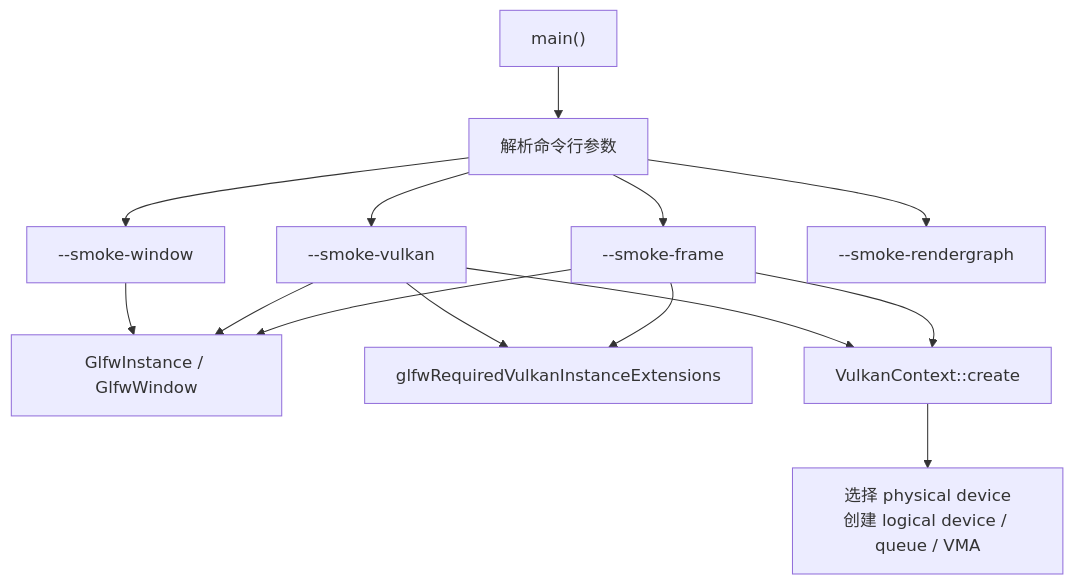
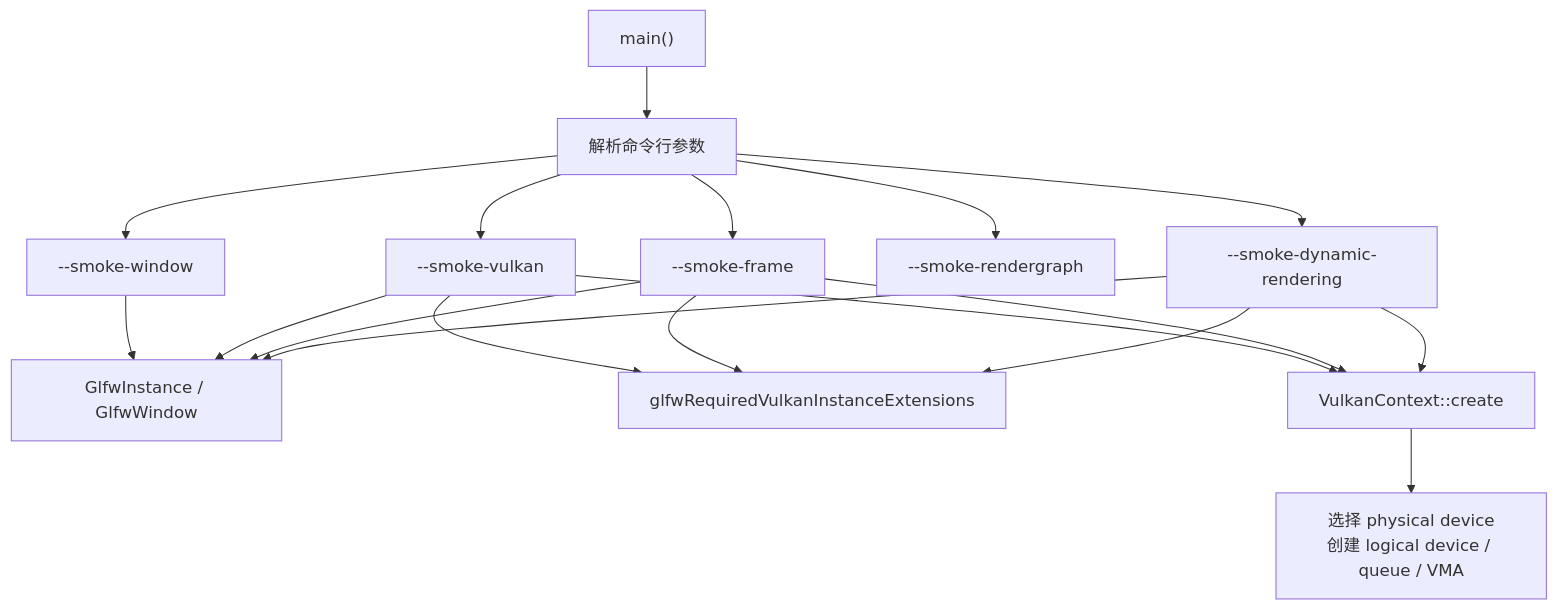
The second of 8 diagrams in docs/flow-architecture.md (66six11/Engine), drawn with Mermaid before and after one commit. The commit also changed other lines of this file and 11 other files, not shown here.

Commit message:
Add dynamic rendering clear smoke

````diff
--- a/docs/flow-architecture.md
+++ b/docs/flow-architecture.md
@@ -54,27 +58,32 @@
 ```mermaid
 flowchart TD
     Start["main()"]
     Args["解析命令行参数"]
     WindowSmoke["--smoke-window"]
     VulkanSmoke["--smoke-vulkan"]
     FrameSmoke["--smoke-frame"]
     RGSmoke["--smoke-rendergraph"]
+    DynamicSmoke["--smoke-dynamic-rendering"]
     GLFW["GlfwInstance / GlfwWindow"]
     Ext["glfwRequiredVulkanInstanceExtensions"]
     Context["VulkanContext::create"]
     Device["选择 physical device<br/>创建 logical device / queue / VMA"]
 
     Start --> Args
     Args --> WindowSmoke
     Args --> VulkanSmoke
     Args --> FrameSmoke
     Args --> RGSmoke
+    Args --> DynamicSmoke
     WindowSmoke --> GLFW
     VulkanSmoke --> GLFW
     VulkanSmoke --> Ext
     VulkanSmoke --> Context
     FrameSmoke --> GLFW
     FrameSmoke --> Ext
     FrameSmoke --> Context
+    DynamicSmoke --> GLFW
+    DynamicSmoke --> Ext
+    DynamicSmoke --> Context
     Context --> Device
 ```
````
